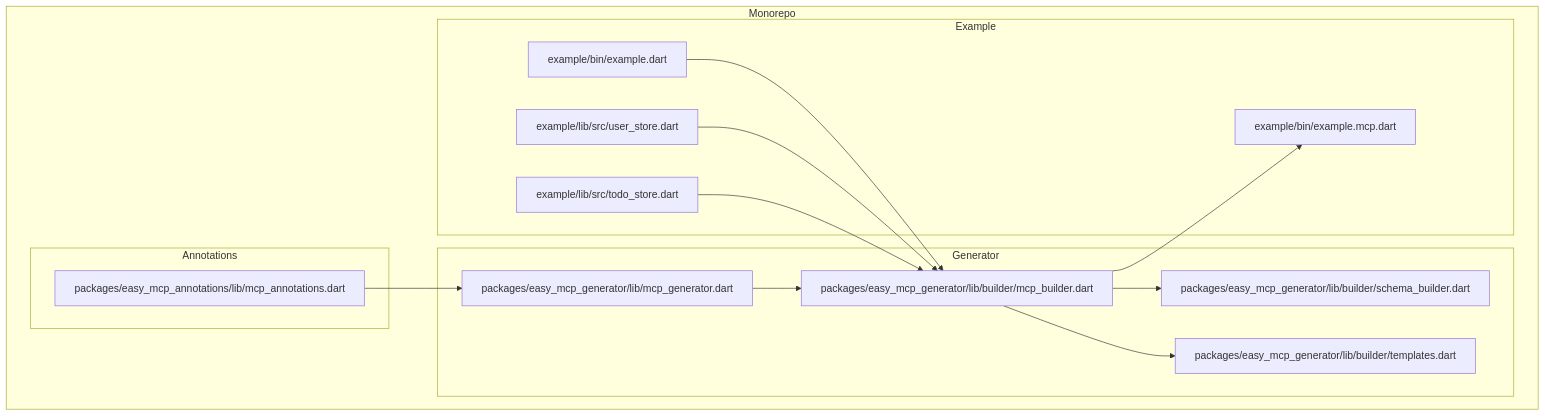
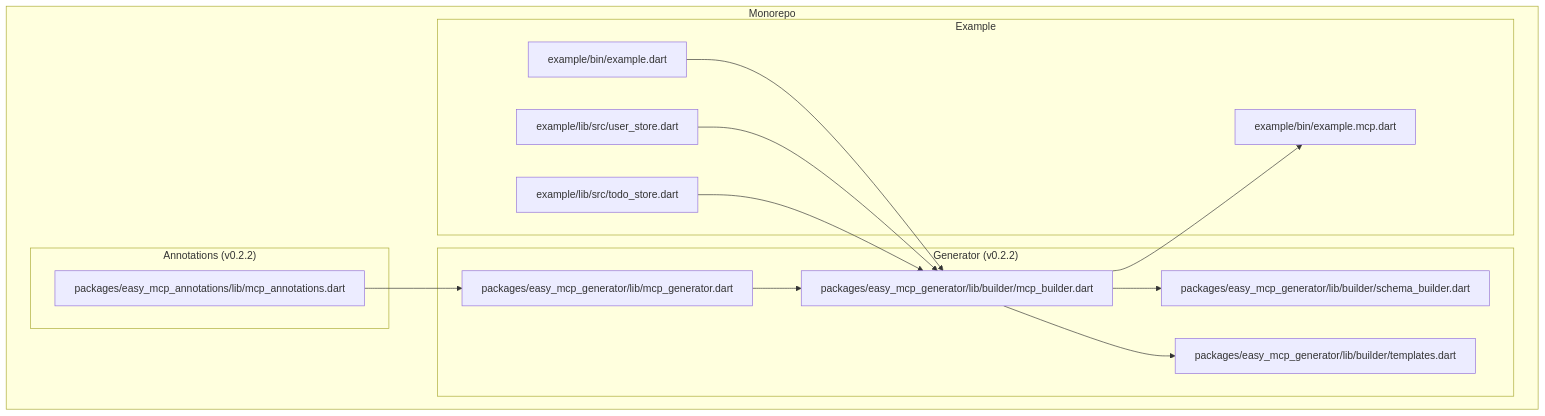
The first of 6 diagrams in .qoder/repowiki/en/content/Project Overview.md (cdavis-code/easy_mcp_workspace), drawn with Mermaid before and after one commit. The commit also changed other lines of this file and 16 other files, not shown here.

````diff
--- a/.qoder/repowiki/en/content/Project Overview.md
+++ b/.qoder/repowiki/en/content/Project Overview.md
@@ -48,28 +57,28 @@
 ```mermaid
 graph TB
 subgraph "Monorepo"
-subgraph "Annotations"
+subgraph "Annotations (v0.2.2)"
 A1["packages/easy_mcp_annotations/lib/mcp_annotations.dart"]
 end
-subgraph "Generator"
+subgraph "Generator (v0.2.2)"
 G1["packages/easy_mcp_generator/lib/mcp_generator.dart"]
 G2["packages/easy_mcp_generator/lib/builder/mcp_builder.dart"]
 G3["packages/easy_mcp_generator/lib/builder/schema_builder.dart"]
 G4["packages/easy_mcp_generator/lib/builder/templates.dart"]
 end
 subgraph "Example"
 E1["example/bin/example.dart"]
 E2["example/bin/example.mcp.dart"]
 E3["example/lib/src/user_store.dart"]
 E4["example/lib/src/todo_store.dart"]
 end
 end
 A1 --> G1
 G1 --> G2
 G2 --> G3
 G2 --> G4
 E1 --> G2
 E3 --> G2
 E4 --> G2
 G2 --> E2
 ```
````
